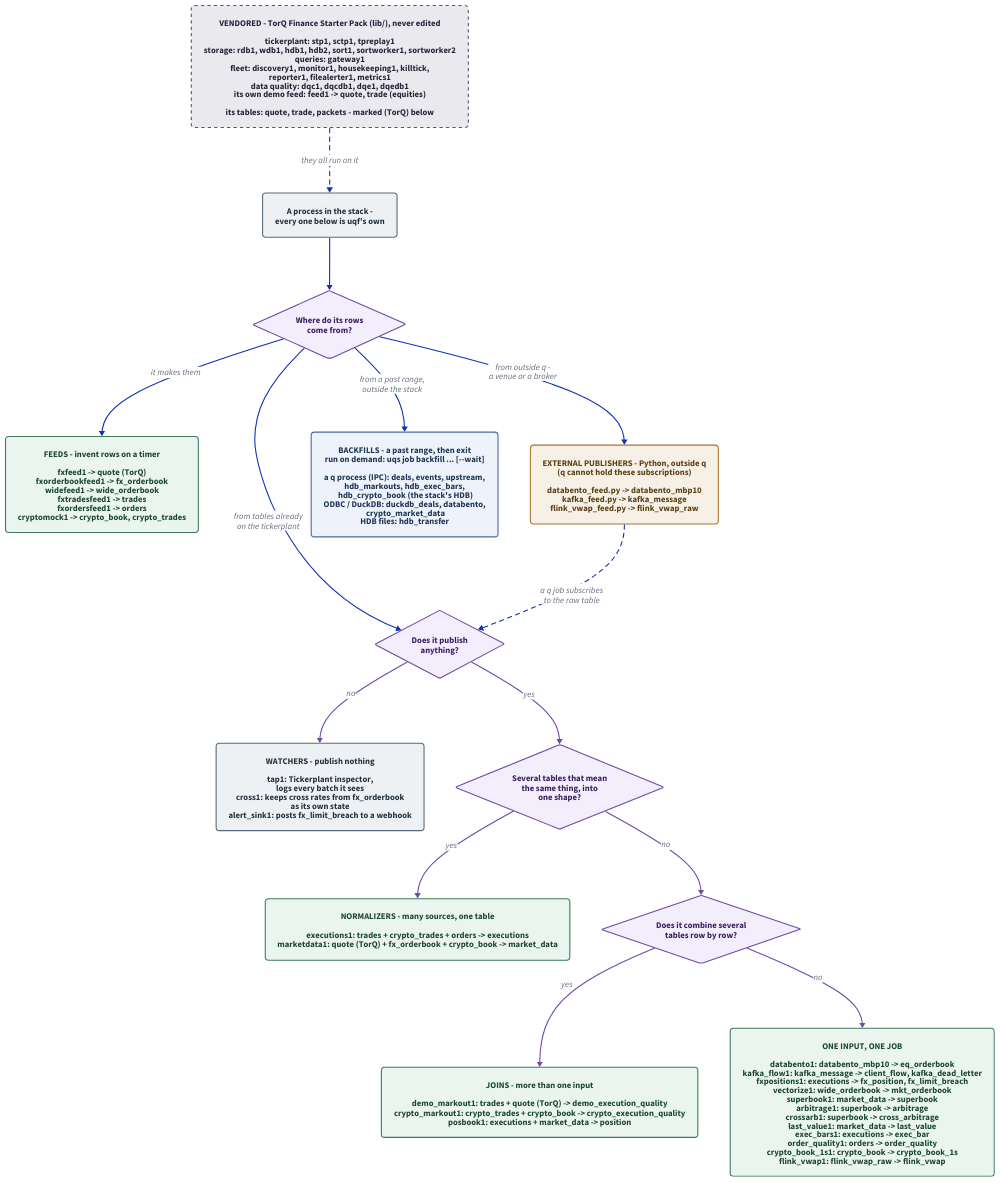
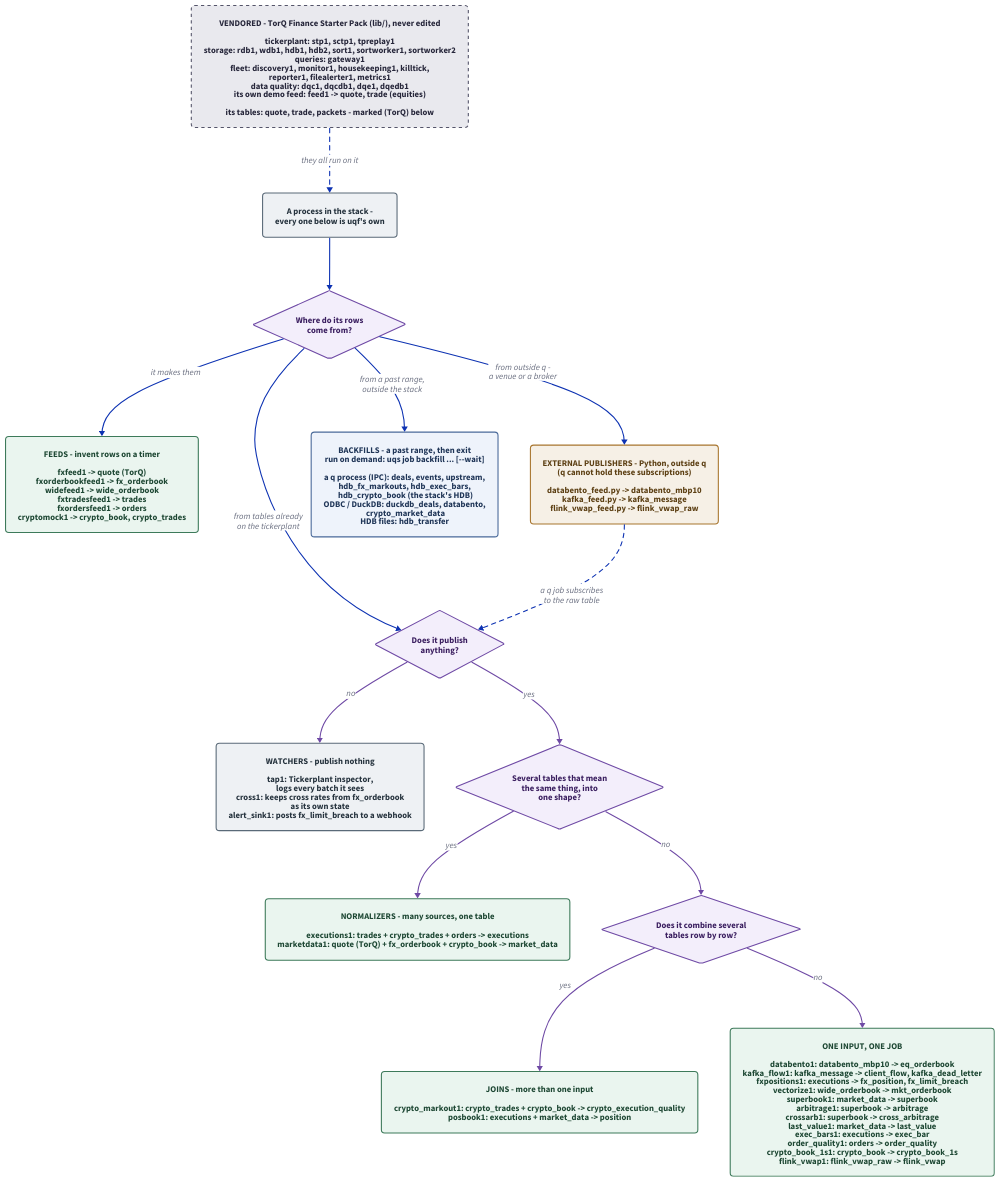
The diagram in docs/diagrams/services-showcase.d2 (kwojdalski/uqf), drawn with D2 before and after one commit. The commit also changed 89 other files, not shown here.

First line of the commit message:
Retire the demo markout job, its backfill twin and the demo_execution_quality table (#1937)

```diff
--- a/docs/diagrams/services-showcase.d2
+++ b/docs/diagrams/services-showcase.d2
@@ -1,125 +1,125 @@
 # services-showcase.d2 - how the stack's processes differ, as a decision tree.
 #
 # Rendered by `scripts/generate/derive.py diagrams`, which CI runs with
 # --check. Embedded from docs/services/README.md.
 #
 # WHAT THIS DIAGRAM IS FOR. The showcase lists every process; this sorts them
 # by the two things that tell them apart: where their rows come from, and what
 # they do with the tables they read. Each leaf names its processes with the
 # tables they read and write, as the generated process table has them
 # (docs/reference/processes.md) - so it can be checked, not just believed.
 #
 # The Databento and Kafka processes are the easy ones to misread: the
 # PUBLISHER is a Python handler outside q (a q process cannot hold either
 # subscription), and databento1 / kafka_flow1 are ordinary subscribers to the
 # raw table it publishes. The drawing routes them through "from outside q"
 # and back into the subscriber questions for that reason.
 #
 # VENDORED vs OURS. Every process in the tree is uqf's own; the dashed box on
 # top is the TorQ Finance Starter Pack they run on (lib/, never edited) - its
 # processes, as docs/reference/processes.md lists them, and its tables. A
 # vendored table in a leaf is marked (TorQ): today that is `quote`,
 # which fxfeed1 writes beside TorQ's own feed1.
 
 direction: down
 
 vars: {
   d2-config: {
     pad: 40
   }
 }
 
 classes: {
   question: {
     shape: diamond
     style: {
       fill: "#f3eefb"
       stroke: "#6f4aa5"
       font-color: "#3a1e5f"
     }
   }
   group: {
     style: {
       fill: "#eaf5ef"
       stroke: "#3d7a5a"
       font-color: "#1d4733"
       border-radius: 6
     }
   }
   external: {
     style: {
       fill: "#f6f0e6"
       stroke: "#a8762f"
       font-color: "#5c3f13"
       border-radius: 6
     }
   }
   bounded: {
     style: {
       fill: "#eef3fb"
       stroke: "#4a6a9a"
       font-color: "#1f3557"
       border-radius: 6
     }
   }
   vendored: {
     style: {
       fill: "#e9e9ee"
       stroke: "#55556a"
       font-color: "#26263a"
       border-radius: 6
       stroke-dash: 3
     }
   }
   quiet: {
     style: {
       fill: "#eef1f4"
       stroke: "#5a6a78"
       font-color: "#25323d"
       border-radius: 6
     }
   }
 }
 
 vendored: "VENDORED - TorQ Finance Starter Pack (lib/), never edited\n\ntickerplant: stp1, sctp1, tpreplay1\nstorage: rdb1, wdb1, hdb1, hdb2, sort1, sortworker1, sortworker2\nqueries: gateway1\nfleet: discovery1, monitor1, housekeeping1, killtick,\nreporter1, filealerter1, metrics1\ndata quality: dqc1, dqcdb1, dqe1, dqedb1\nits own demo feed: feed1 -> quote, trade (equities)\n\nits tables: quote, trade, packets - marked (TorQ) below" { class: vendored }
 
 start: "A process in the stack -\nevery one below is uqf's own" { class: quiet }
 
 vendored -> start: "they all run on it" { style.stroke-dash: 4 }
 
 q_source: "Where do its rows\ncome from?" { class: question }
 
 feeds: "FEEDS - invent rows on a timer\n\nfxfeed1 -> quote (TorQ)\nfxorderbookfeed1 -> fx_orderbook\nwidefeed1 -> wide_orderbook\nfxtradesfeed1 -> trades\nfxordersfeed1 -> orders\ncryptomock1 -> crypto_book, crypto_trades" { class: group }
 
 external: "EXTERNAL PUBLISHERS - Python, outside q\n(q cannot hold these subscriptions)\n\ndatabento_feed.py -> databento_mbp10\nkafka_feed.py -> kafka_message\nflink_vwap_feed.py -> flink_vwap_raw" { class: external }
 
-backfills: "BACKFILLS - a past range, then exit\nrun on demand: uqs job backfill ... [--wait]\n\na q process (IPC): deals, events, upstream,\nhdb_markouts, hdb_exec_bars,\n hdb_crypto_book (the stack's HDB)\nODBC / DuckDB: duckdb_deals, databento,\n crypto_market_data\nHDB files: hdb_transfer" { class: bounded }
+backfills: "BACKFILLS - a past range, then exit\nrun on demand: uqs job backfill ... [--wait]\n\na q process (IPC): deals, events, upstream,\nhdb_fx_markouts, hdb_exec_bars,\n hdb_crypto_book (the stack's HDB)\nODBC / DuckDB: duckdb_deals, databento,\n crypto_market_data\nHDB files: hdb_transfer" { class: bounded }
 
 q_publish: "Does it publish\nanything?" { class: question }
 
 quiet_leaves: "WATCHERS - publish nothing\n\ntap1: Tickerplant inspector,\nlogs every batch it sees\ncross1: keeps cross rates from fx_orderbook\nas its own state\nalert_sink1: posts fx_limit_breach to a webhook" { class: quiet }
 
 q_same: "Several tables that mean\nthe same thing, into\none shape?" { class: question }
 
 normalizers: "NORMALIZERS - many sources, one table\n\nexecutions1: trades + crypto_trades + orders -> executions\nmarketdata1: quote (TorQ) + fx_orderbook + crypto_book -> market_data" { class: group }
 
 q_join: "Does it combine several\ntables row by row?" { class: question }
 
-joins: "JOINS - more than one input\n\ndemo_markout1: trades + quote (TorQ) -> demo_execution_quality\ncrypto_markout1: crypto_trades + crypto_book -> crypto_execution_quality\nposbook1: executions + market_data -> position" { class: group }
+joins: "JOINS - more than one input\n\ncrypto_markout1: crypto_trades + crypto_book -> crypto_execution_quality\nposbook1: executions + market_data -> position" { class: group }
 
 single: "ONE INPUT, ONE JOB\n\ndatabento1: databento_mbp10 -> eq_orderbook\nkafka_flow1: kafka_message -> client_flow, kafka_dead_letter\nfxpositions1: executions -> fx_position, fx_limit_breach\nvectorize1: wide_orderbook -> mkt_orderbook\nsuperbook1: market_data -> superbook\narbitrage1: superbook -> arbitrage\ncrossarb1: superbook -> cross_arbitrage\nlast_value1: market_data -> last_value\nexec_bars1: executions -> exec_bar\norder_quality1: orders -> order_quality\ncrypto_book_1s1: crypto_book -> crypto_book_1s\nflink_vwap1: flink_vwap_raw -> flink_vwap" { class: group }
 
 start -> q_source
 q_source -> feeds: "it makes them"
 q_source -> external: "from outside q -\na venue or a broker"
 q_source -> q_publish: "from tables already\non the tickerplant"
 q_source -> backfills: "from a past range,\noutside the stack"
 
 external -> q_publish: "a q job subscribes\nto the raw table" { style.stroke-dash: 4 }
 
 q_publish -> quiet_leaves: "no" { style.stroke: "#6f4aa5" }
 q_publish -> q_same: "yes" { style.stroke: "#6f4aa5" }
 q_same -> normalizers: "yes" { style.stroke: "#6f4aa5" }
 q_same -> q_join: "no" { style.stroke: "#6f4aa5" }
 q_join -> joins: "yes" { style.stroke: "#6f4aa5" }
 q_join -> single: "no" { style.stroke: "#6f4aa5" }
```
